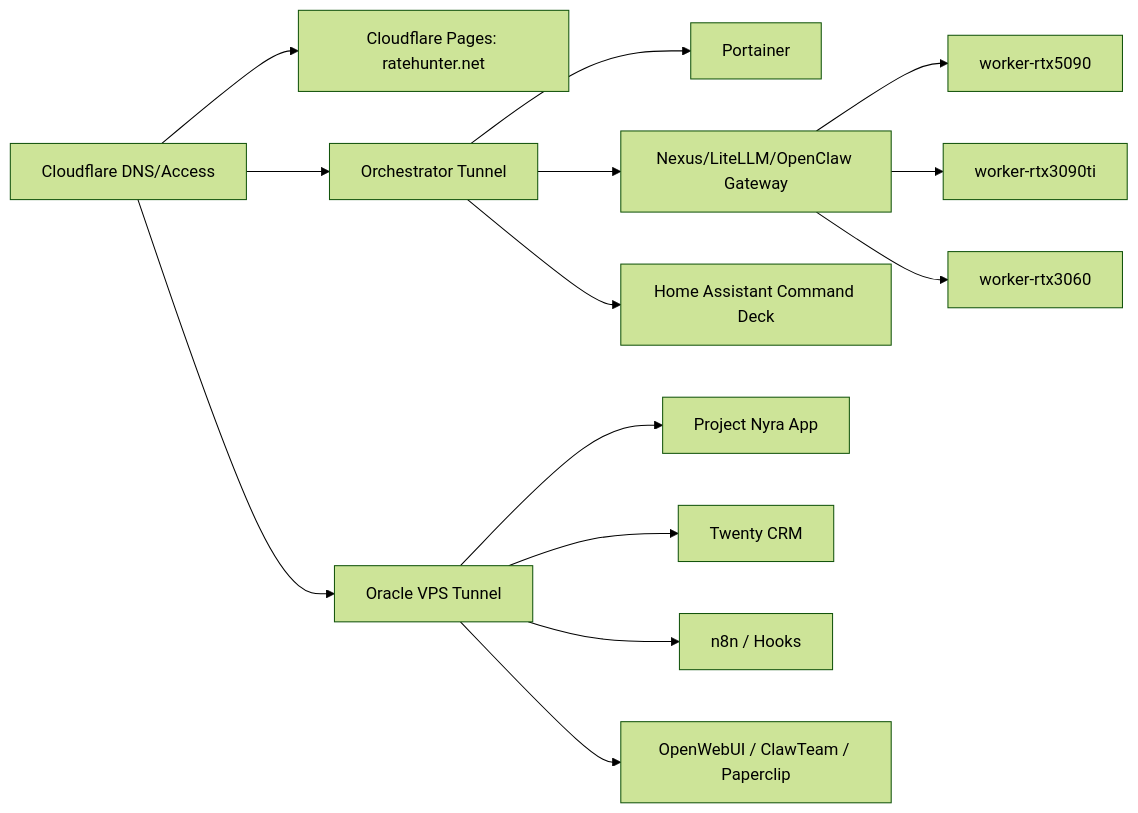
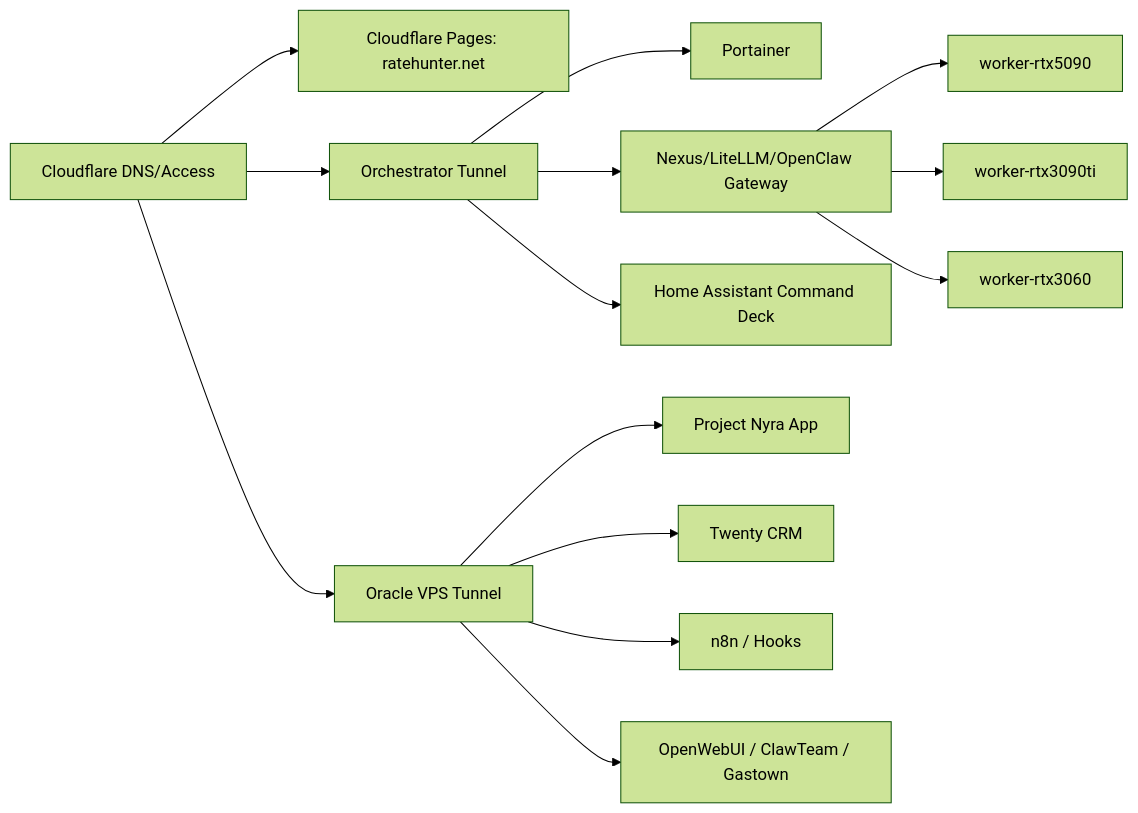
The diagram in docs/infra/CURRENT-ARCHITECTURE.mmd (ellisapotheosis/Project-Nyra), drawn with Mermaid (forest theme) before and after one commit. The commit also changed 537 other files, not shown here.

```diff
--- a/docs/infra/CURRENT-ARCHITECTURE.mmd
+++ b/docs/infra/CURRENT-ARCHITECTURE.mmd
@@ -1,14 +1,14 @@
 flowchart LR
   CF[Cloudflare DNS/Access] --> Pages[Cloudflare Pages: ratehunter.net]
   CF --> OT[Orchestrator Tunnel]
   CF --> VT[Oracle VPS Tunnel]
   OT --> Portainer[Portainer]
   OT --> Nexus[Nexus/LiteLLM/OpenClaw Gateway]
   OT --> HA[Home Assistant Command Deck]
   VT --> App[Project Nyra App]
   VT --> CRM[Twenty CRM]
   VT --> N8N[n8n / Hooks]
-  VT --> AI[OpenWebUI / ClawTeam / Paperclip]
+  VT --> AI[OpenWebUI / ClawTeam / Gastown]
   Nexus --> W5090[worker-rtx5090]
   Nexus --> W3090[worker-rtx3090ti]
   Nexus --> W3060[worker-rtx3060]
```
